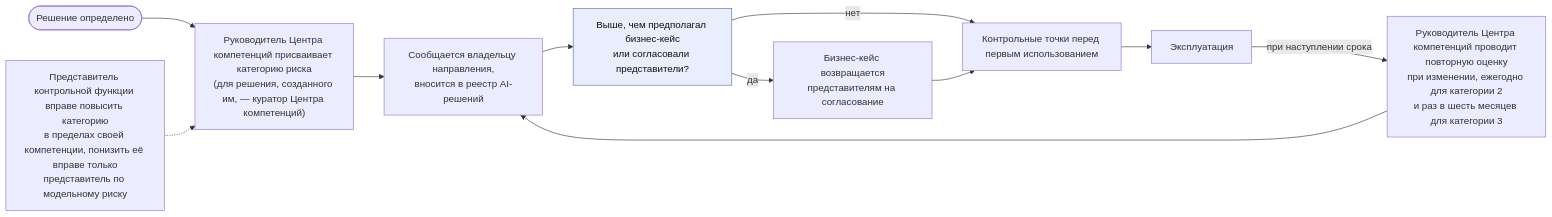
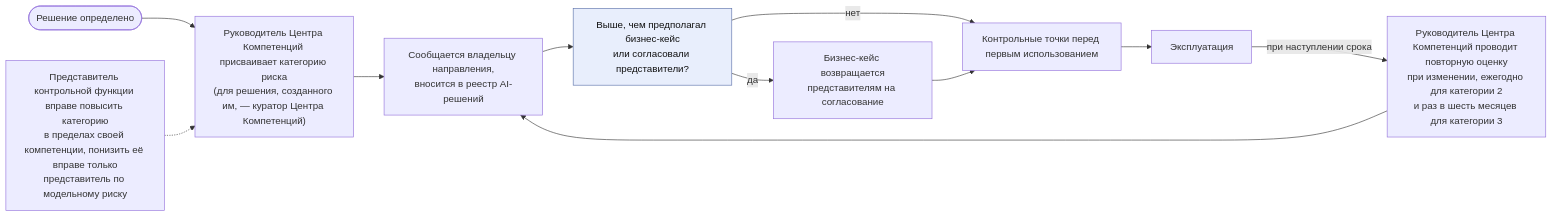
One commit to devhogu/ob-aicc changed the first of 3 diagrams in charter/ru/workflows/ai-risk-control.md. Above: the diagram before and after it, drawn with Mermaid. The commit also changed other lines of this file and 550 other files, not shown here.

````diff
--- a/charter/ru/workflows/ai-risk-control.md
+++ b/charter/ru/workflows/ai-risk-control.md
@@ -21,15 +21,15 @@
 ```mermaid
 flowchart LR
-  DEF(["Решение определено"]) --> AS["Руководитель Центра компетенций присваивает категорию риска<br/>(для решения, созданного им, — куратор Центра компетенций)"]
+  DEF(["Решение определено"]) --> AS["Руководитель Центра Компетенций присваивает категорию риска<br/>(для решения, созданного им, — куратор Центра Компетенций)"]
   AS --> TELL["Сообщается владельцу направления,<br/>вносится в реестр AI-решений"]
   TELL --> CASE["Выше, чем предполагал бизнес-кейс<br/>или согласовали представители?"]
   CASE -->|"да"| RET["Бизнес-кейс возвращается<br/>представителям на согласование"]
   CASE -->|"нет"| GATES["Контрольные точки перед первым использованием"]
   RET --> GATES
   GATES --> LIVE["Эксплуатация"]
-  LIVE -->|"при наступлении срока"| RE["Руководитель Центра компетенций проводит повторную оценку<br/>при изменении, ежегодно для категории 2<br/>и раз в шесть месяцев для категории 3"]
+  LIVE -->|"при наступлении срока"| RE["Руководитель Центра Компетенций проводит повторную оценку<br/>при изменении, ежегодно для категории 2<br/>и раз в шесть месяцев для категории 3"]
   RE --> TELL
   CF["Представитель контрольной функции вправе повысить категорию<br/>в пределах своей компетенции, понизить её вправе только<br/>представитель по модельному риску"] -.-> AS
   classDef gate fill:#e8eefc,stroke:#5a6fa8,color:#111
   class CASE gate
 ```
````
